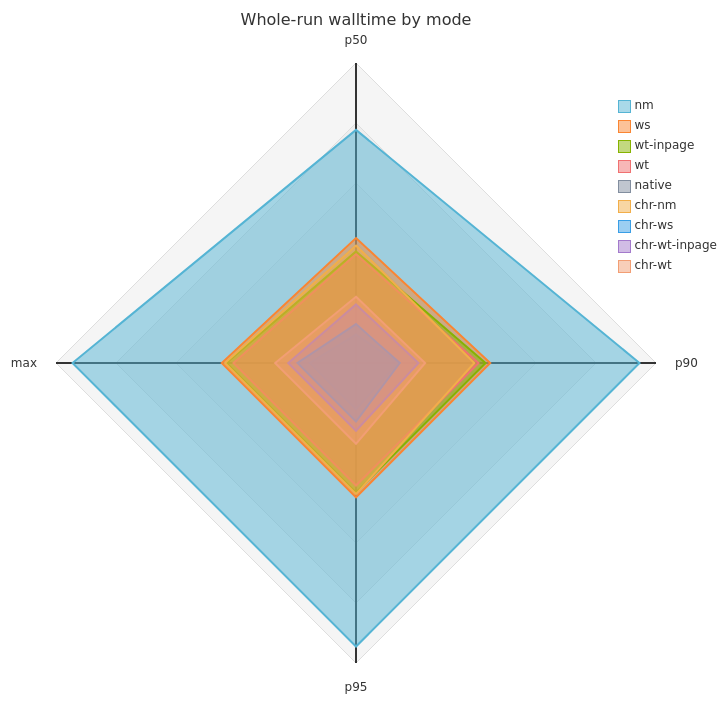
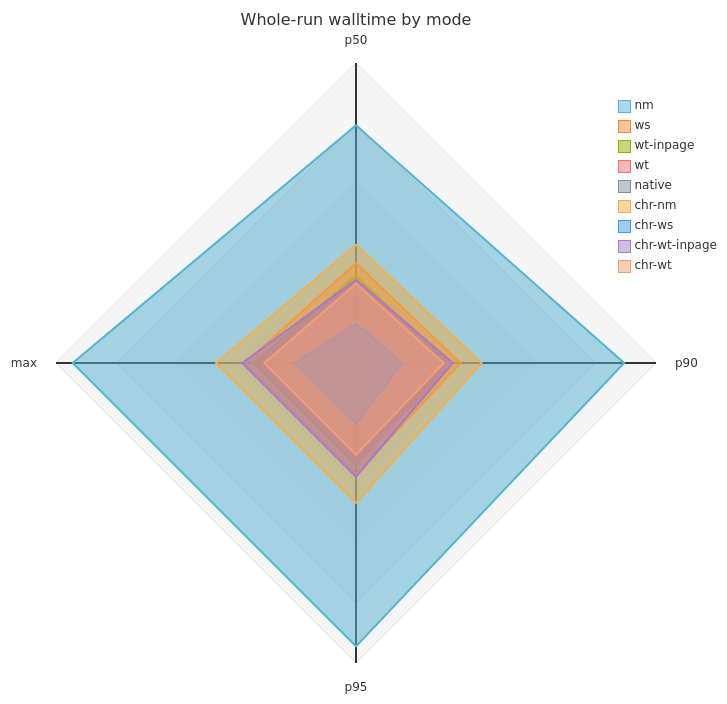
Before and after one commit to K4zoku/FF-WebHID: the sixth of 6 diagrams in docs/BENCHMARK.md, drawn with Mermaid. The commit also changed other lines of this file, not shown here.

````diff
--- a/docs/BENCHMARK.md
+++ b/docs/BENCHMARK.md
@@ -258,30 +262,30 @@
 ```mermaid
 ---
 config:
   themeVariables:
     cScale0: '#55b4d4'
     cScale1: '#fa8532'
     cScale2: '#86b300'
     cScale3: '#f07171'
     cScale4: '#828e9f'
     cScale5: '#f2ae49'
     cScale6: '#399ee6'
     cScale7: '#a37acc'
     cScale8: '#f29e74'
 ---
 radar-beta
   title Whole-run walltime by mode
   axis p50["p50"], p90["p90"], p95["p95"], mx["max"]
-  curve nm["nm"]{932.5, 1134.0, 1134.0, 1134.0}
-  curve ws["ws"]{499.8, 536.9, 536.9, 536.9}
-  curve wtip["wt-inpage"]{446.3, 518.3, 518.3, 518.3}
-  curve wt["wt"]{434.7, 490.0, 490.0, 490.0}
+  curve nm["nm"]{950.7, 1072.5, 1133.3, 1133.3}
+  curve ws["ws"]{399.8, 418.2, 445.2, 445.2}
+  curve wtip["wt-inpage"]{350.5, 365.6, 410.4, 410.4}
+  curve wt["wt"]{334.7, 388.5, 396.9, 396.9}
   curve nat["native"]{113.8, 167.9, 184.8, 184.8}
-  curve chrnm["chr-nm"]{470.0, 473.2, 524.2, 524.2}
-  curve chrws["chr-ws"]{155.7, 175.0, 233.9, 233.9}
-  curve chrwti["chr-wt-inpage"]{234.2, 249.9, 270.9, 270.9}
-  curve chrwt["chr-wt"]{264.7, 276.5, 323.3, 323.3}
+  curve chrnm["chr-nm"]{473.0, 502.3, 559.5, 559.5}
+  curve chrws["chr-ws"]{157.2, 184.5, 243.3, 243.3}
+  curve chrwti["chr-wt-inpage"]{333.2, 386.9, 455.1, 455.1}
+  curve chrwt["chr-wt"]{317.1, 350.8, 366.9, 366.9}
   graticule polygon
   max 1200
   min 0
 ```
````
